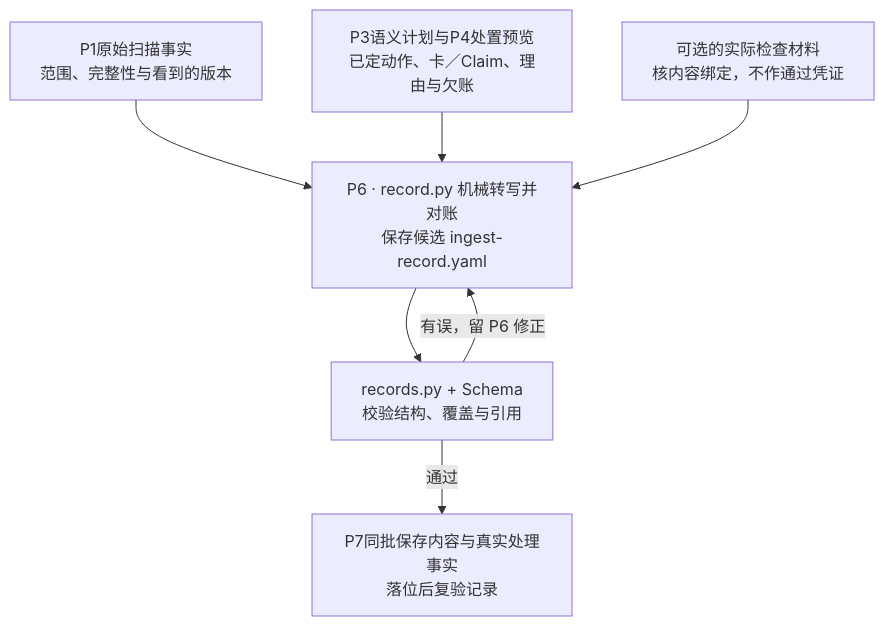
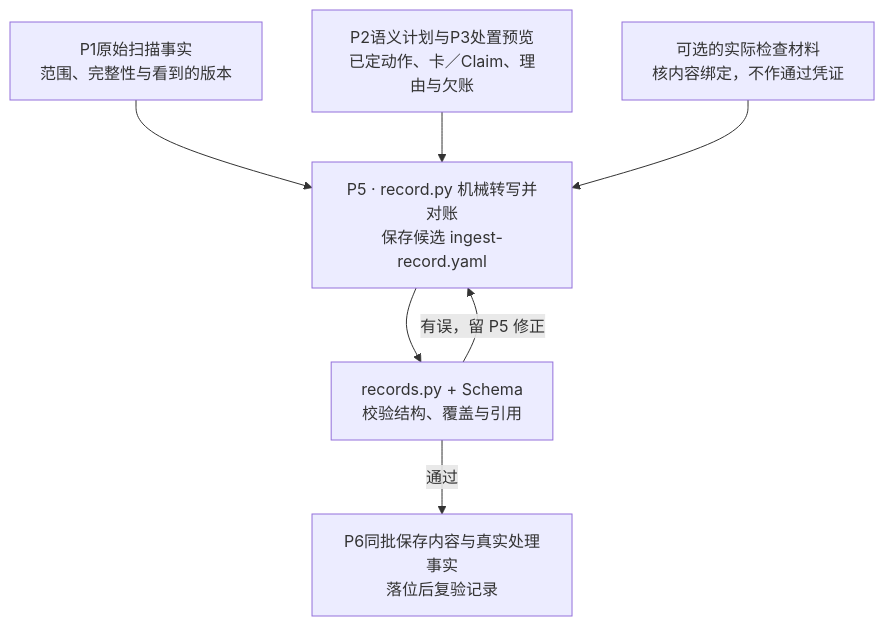
Before and after one commit to Robin-hhc/FactumCore: diagram 17 of 27 in himate/himate-knowledge-wifi-mp/docs-llm-wiki/知识库详细设计.md, drawn with Mermaid. The commit also changed other lines of this file and 190 other files, not shown here.

````diff
--- a/himate/himate-knowledge-wifi-mp/docs-llm-wiki/知识库详细设计.md
+++ b/himate/himate-knowledge-wifi-mp/docs-llm-wiki/知识库详细设计.md
@@ -707,9 +713,9 @@
 ```mermaid
 flowchart TD
-    SCAN["P1原始扫描事实<br/>范围、完整性与看到的版本"] --> RECORD["P6 · record.py 机械转写并对账<br/>保存候选 ingest-record.yaml"]
-    PLAN["P3语义计划与P4处置预览<br/>已定动作、卡／Claim、理由与欠账"] --> RECORD
+    SCAN["P1原始扫描事实<br/>范围、完整性与看到的版本"] --> RECORD["P5 · record.py 机械转写并对账<br/>保存候选 ingest-record.yaml"]
+    PLAN["P2语义计划与P3处置预览<br/>已定动作、卡／Claim、理由与欠账"] --> RECORD
     CHECK["可选的实际检查材料<br/>核内容绑定，不作通过凭证"] --> RECORD
     RECORD --> VALIDATE["records.py + Schema<br/>校验结构、覆盖与引用"]
-    VALIDATE -->|"有误，留 P6 修正"| RECORD
-    VALIDATE -->|"通过"| APPLY["P7同批保存内容与真实处理事实<br/>落位后复验记录"]
+    VALIDATE -->|"有误，留 P5 修正"| RECORD
+    VALIDATE -->|"通过"| APPLY["P6同批保存内容与真实处理事实<br/>落位后复验记录"]
 ```
````
